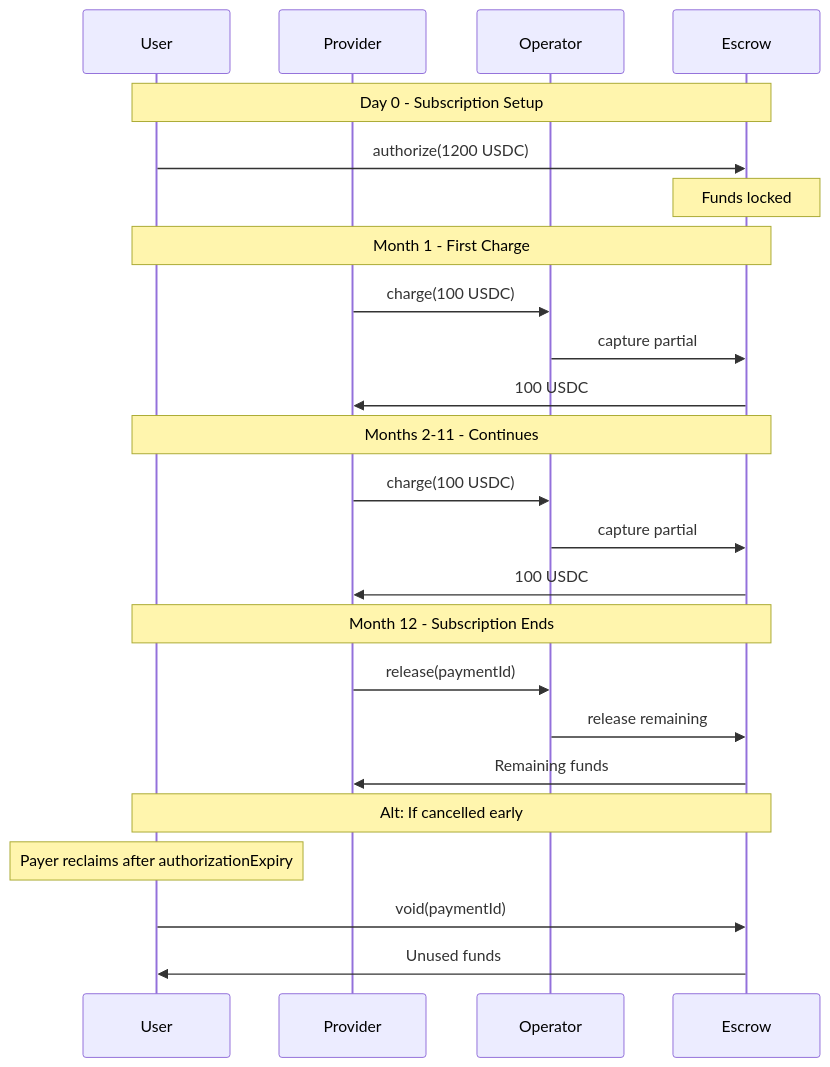
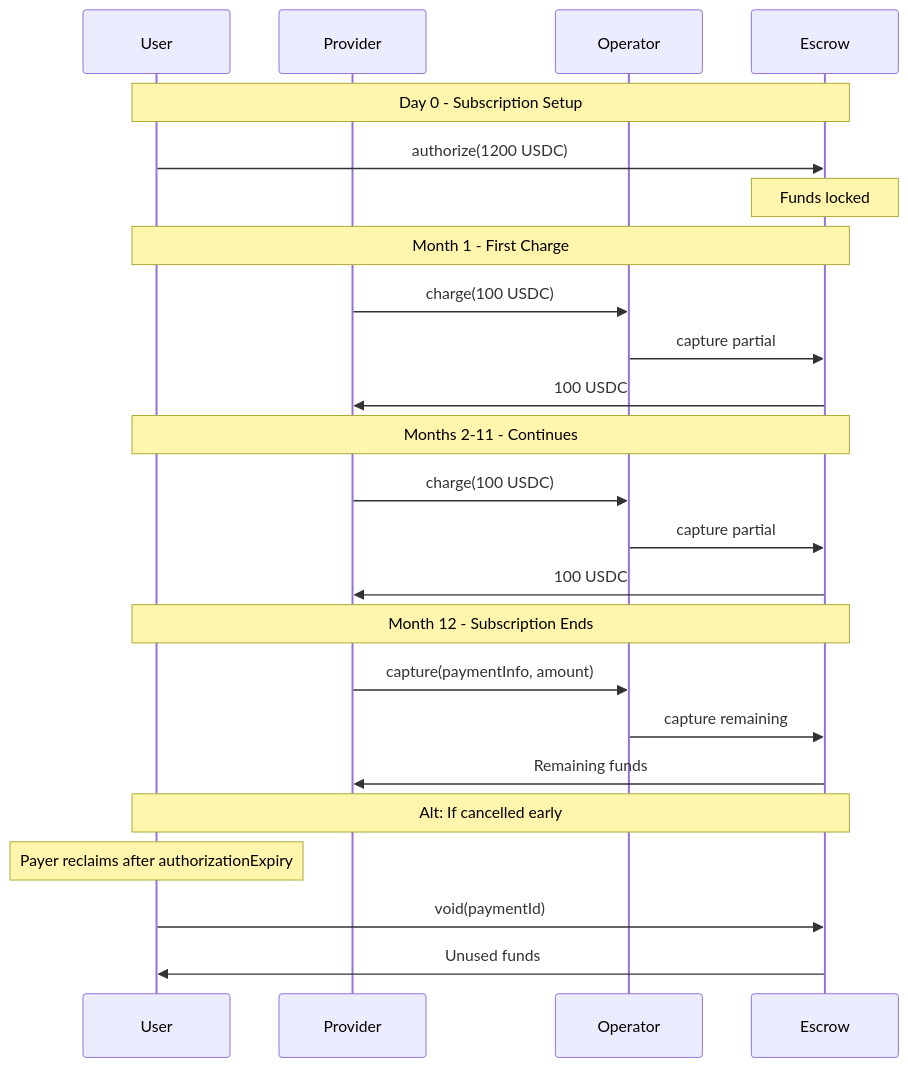
The fifth of 8 diagrams in contracts/examples.mdx (BackTrackCo/docs), drawn with Mermaid before and after one commit. The commit also changed other lines of this file and 78 other files, not shown here.

````diff
--- a/contracts/examples.mdx
+++ b/contracts/examples.mdx
@@ -482,31 +477,31 @@
 ```mermaid
 sequenceDiagram
     participant User
     participant Provider
     participant Operator
     participant Escrow
 
     Note over User,Escrow: Day 0 - Subscription Setup
     User->>Escrow: authorize(1200 USDC)
     Note over Escrow: Funds locked
 
     Note over User,Escrow: Month 1 - First Charge
     Provider->>Operator: charge(100 USDC)
     Operator->>Escrow: capture partial
     Escrow->>Provider: 100 USDC
 
     Note over User,Escrow: Months 2-11 - Continues
     Provider->>Operator: charge(100 USDC)
     Operator->>Escrow: capture partial
     Escrow->>Provider: 100 USDC
 
     Note over User,Escrow: Month 12 - Subscription Ends
-    Provider->>Operator: release(paymentId)
-    Operator->>Escrow: release remaining
+    Provider->>Operator: capture(paymentInfo, amount)
+    Operator->>Escrow: capture remaining
     Escrow->>Provider: Remaining funds
 
     Note over User,Escrow: Alt: If cancelled early
     Note over User: Payer reclaims after authorizationExpiry
     User->>Escrow: void(paymentId)
     Escrow->>User: Unused funds
 ```
````
